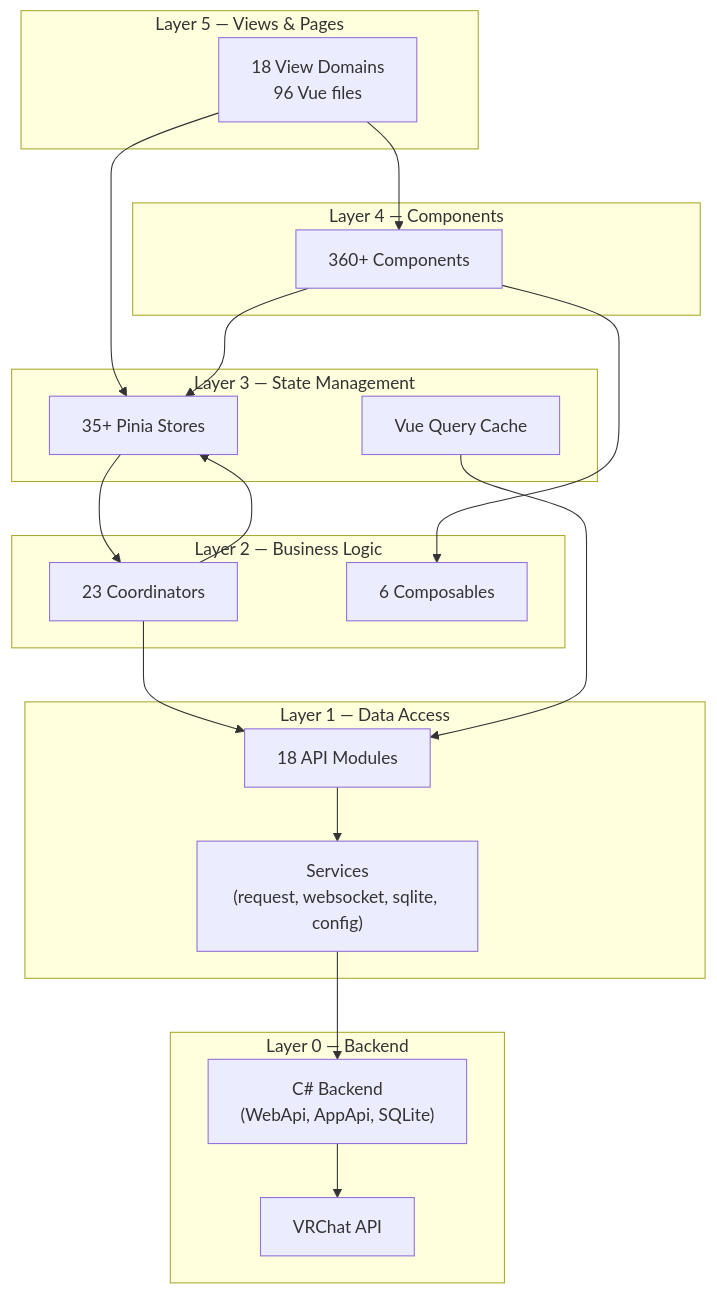
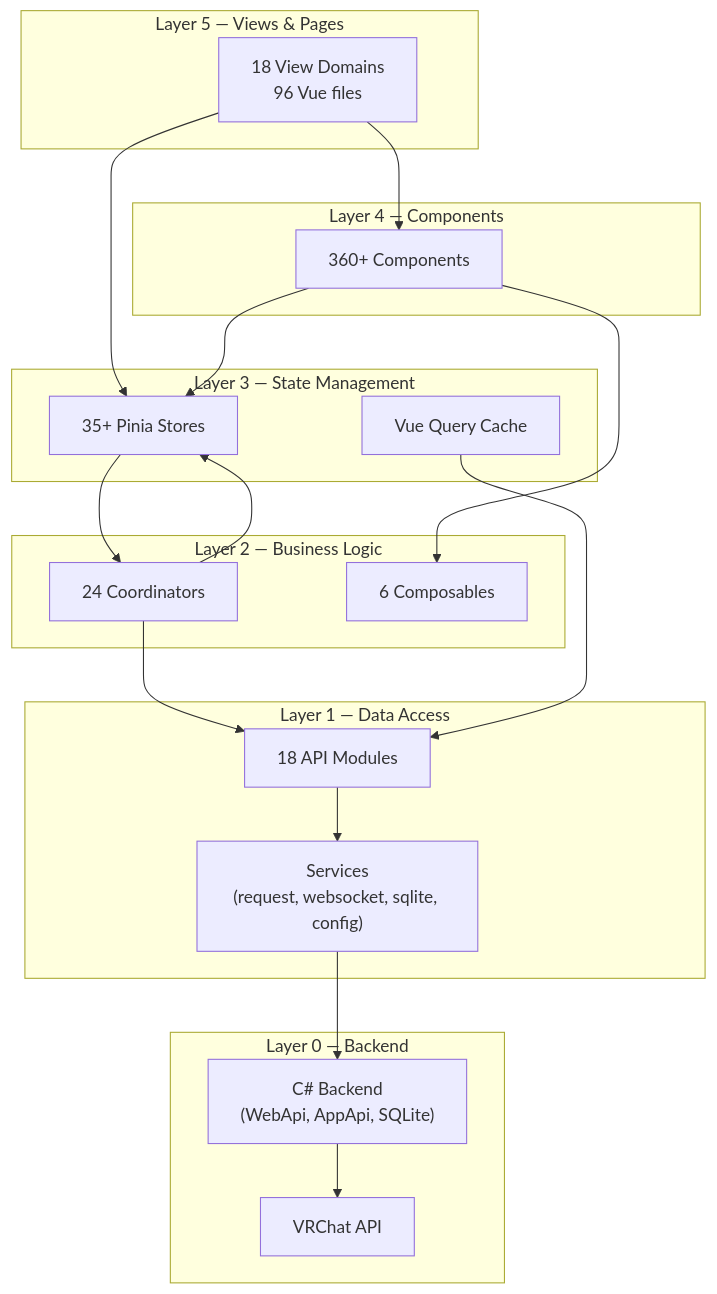
One commit to Map1en/vrcx-docs changed the first of 2 diagrams in en/architecture/overview.md. Above: the diagram before and after it, drawn with Mermaid. The commit also changed other lines of this file and 11 other files, not shown here.

````diff
--- a/en/architecture/overview.md
+++ b/en/architecture/overview.md
@@ -20,42 +20,42 @@
 ```mermaid
 graph TD
     subgraph Layer5["Layer 5 — Views & Pages"]
         Views["18 View Domains<br/>96 Vue files"]
     end
 
     subgraph Layer4["Layer 4 — Components"]
         Components["360+ Components"]
     end
 
     subgraph Layer3["Layer 3 — State Management"]
         Stores["35+ Pinia Stores"]
         Queries["Vue Query Cache"]
     end
 
     subgraph Layer2["Layer 2 — Business Logic"]
-        Coordinators["23 Coordinators"]
+        Coordinators["24 Coordinators"]
         Composables["6 Composables"]
     end
 
     subgraph Layer1["Layer 1 — Data Access"]
         API["18 API Modules"]
         Services["Services<br/>(request, websocket, sqlite, config)"]
     end
 
     subgraph Layer0["Layer 0 — Backend"]
         CSharp["C# Backend<br/>(WebApi, AppApi, SQLite)"]
         VRChatAPI["VRChat API"]
     end
 
     Views --> Components
     Views --> Stores
     Components --> Stores
     Components --> Composables
     Stores --> Coordinators
     Coordinators --> Stores
     Coordinators --> API
     Queries --> API
     API --> Services
     Services --> CSharp
     CSharp --> VRChatAPI
 ```
````
